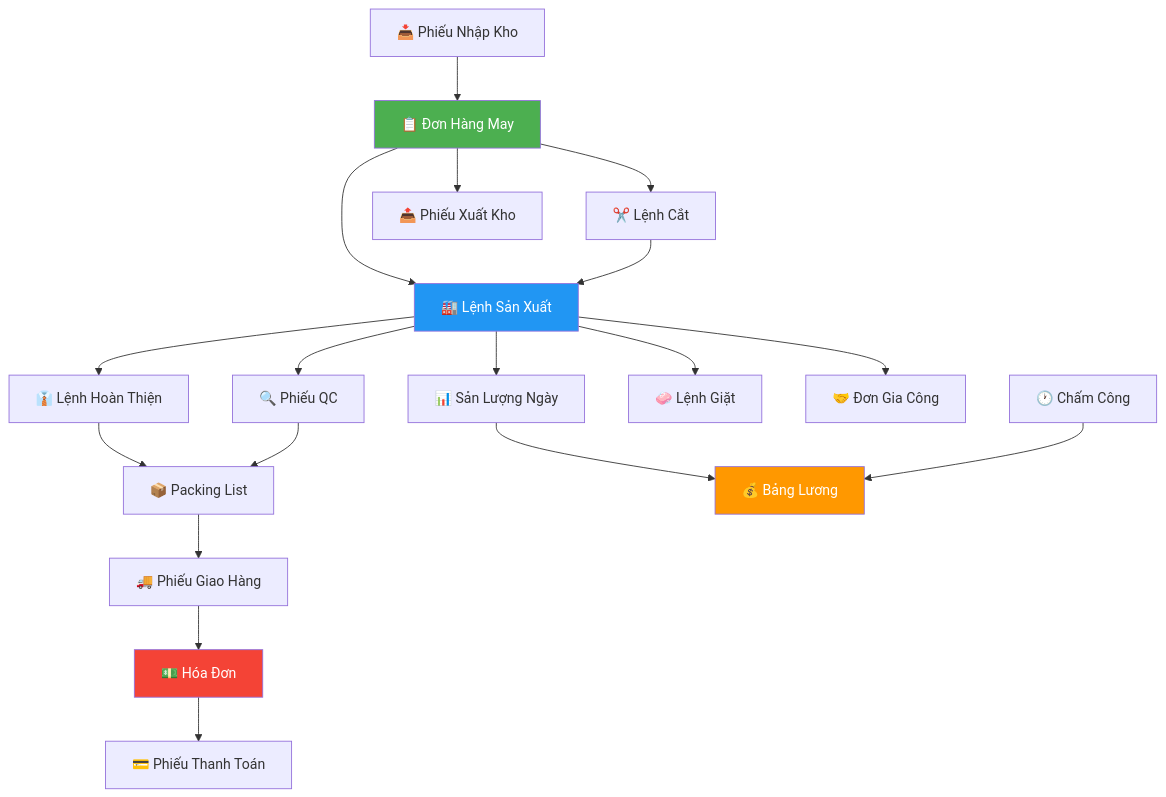
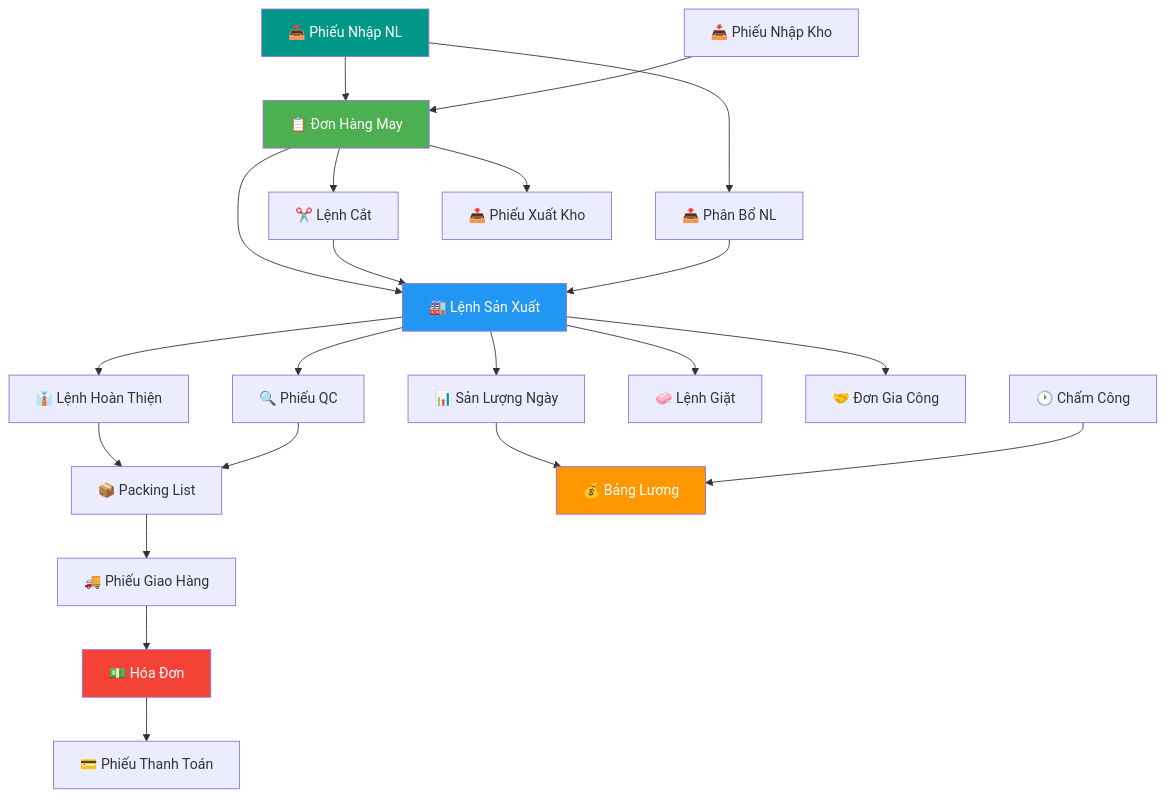
Before and after one commit to phongbksneep/odoo-garment-project: the third of 10 diagrams in docs/QUICK_START.md, drawn with Mermaid. The commit also changed other lines of this file and 1 other file, not shown here.

````diff
--- a/docs/QUICK_START.md
+++ b/docs/QUICK_START.md
@@ -135,27 +138,32 @@
 ```mermaid
 flowchart TB
     PO[📋 Đơn Hàng May] --> PROD[🏭 Lệnh Sản Xuất]
     PO --> CUT[✂️ Lệnh Cắt]
     PROD --> DO[📊 Sản Lượng Ngày]
     CUT --> PROD
     PROD --> QC[🔍 Phiếu QC]
     PROD --> FN[👔 Lệnh Hoàn Thiện]
     PROD --> WO[🧼 Lệnh Giặt]
     PROD --> SO[🤝 Đơn Gia Công]
     FN --> PL[📦 Packing List]
     QC --> PL
     PL --> DL[🚚 Phiếu Giao Hàng]
     DL --> INV[💵 Hóa Đơn]
     INV --> PAY[💳 Phiếu Thanh Toán]
 
+    MR[📥 Phiếu Nhập NL] --> PO
+    MR --> MA[📤 Phân Bổ NL]
+    MA --> PROD
+
     SM_IN[📥 Phiếu Nhập Kho] --> PO
     PO --> SM_OUT[📤 Phiếu Xuất Kho]
 
     DO --> WAGE[💰 Bảng Lương]
     ATT[🕐 Chấm Công] --> WAGE
 
     style PO fill:#4CAF50,color:#fff
     style PROD fill:#2196F3,color:#fff
     style INV fill:#F44336,color:#fff
     style WAGE fill:#FF9800,color:#fff
+    style MR fill:#009688,color:#fff
 ```
````
